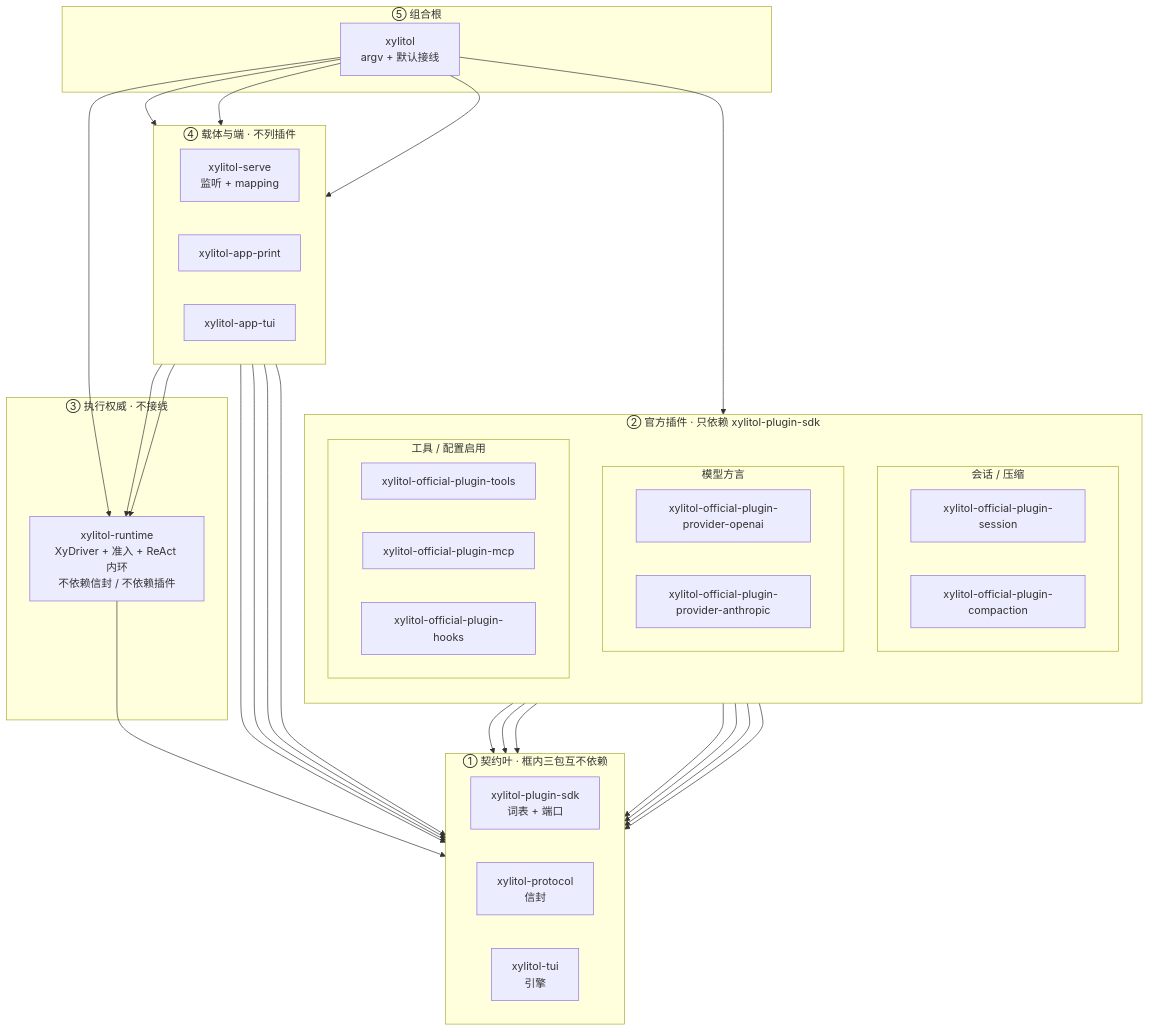
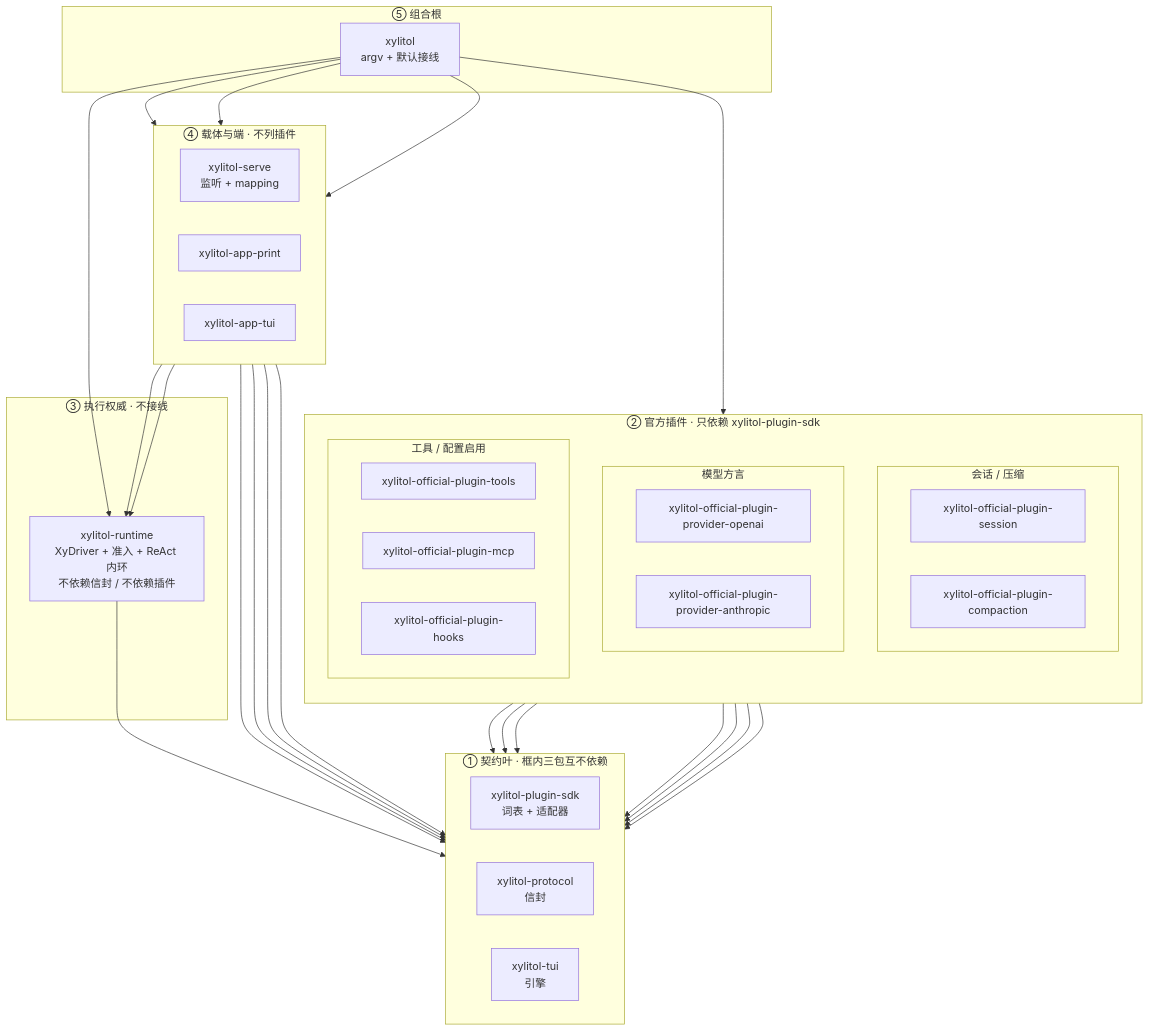
The diagram in _TODO.md (StrayDragon/xylitol), drawn with Mermaid before and after one commit. The commit also changed other lines of this file and 13 other files, not shown here.

````diff
--- a/_TODO.md
+++ b/_TODO.md
@@ -206,67 +206,67 @@
 ```mermaid
 flowchart TB
   subgraph contracts["① 契约叶 · 框内三包互不依赖"]
     direction LR
-    xylitol_plugin_sdk["xylitol-plugin-sdk<br/>词表 + 端口"]
+    xylitol_plugin_sdk["xylitol-plugin-sdk<br/>词表 + 适配器"]
     xylitol_protocol["xylitol-protocol<br/>信封"]
     xylitol_tui["xylitol-tui<br/>引擎"]
   end
 
   subgraph plugins["② 官方插件 · 只依赖 xylitol-plugin-sdk"]
     direction TB
     subgraph plugins_loop["会话 / 压缩"]
       direction LR
       xylitol_official_plugin_session["xylitol-official-plugin-session"]
       xylitol_official_plugin_compaction["xylitol-official-plugin-compaction"]
     end
     subgraph plugins_model["模型方言"]
       direction LR
       xylitol_official_plugin_provider_openai["xylitol-official-plugin-provider-openai"]
       xylitol_official_plugin_provider_anthropic["xylitol-official-plugin-provider-anthropic"]
     end
     subgraph plugins_ext["工具 / 配置启用"]
       direction LR
       xylitol_official_plugin_tools["xylitol-official-plugin-tools"]
       xylitol_official_plugin_mcp["xylitol-official-plugin-mcp"]
       xylitol_official_plugin_hooks["xylitol-official-plugin-hooks"]
     end
   end
 
   subgraph kernel["③ 执行权威 · 不接线"]
     xylitol_runtime["xylitol-runtime<br/>XyDriver + 准入 + ReAct 内环<br/>不依赖信封 / 不依赖插件"]
   end
 
   subgraph surfaces["④ 载体与端 · 不列插件"]
     direction LR
     xylitol_serve["xylitol-serve<br/>监听 + mapping"]
     xylitol_app_print["xylitol-app-print"]
     xylitol_app_tui["xylitol-app-tui"]
   end
 
   subgraph root["⑤ 组合根"]
     xylitol["xylitol<br/>argv + 默认接线"]
   end
 
   xylitol_official_plugin_session --> xylitol_plugin_sdk
   xylitol_official_plugin_compaction --> xylitol_plugin_sdk
   xylitol_official_plugin_provider_openai --> xylitol_plugin_sdk
   xylitol_official_plugin_provider_anthropic --> xylitol_plugin_sdk
   xylitol_official_plugin_tools --> xylitol_plugin_sdk
   xylitol_official_plugin_mcp --> xylitol_plugin_sdk
   xylitol_official_plugin_hooks --> xylitol_plugin_sdk
 
   xylitol_runtime --> xylitol_plugin_sdk
 
   xylitol_serve --> xylitol_runtime
   xylitol_serve --> xylitol_protocol
   xylitol_app_print --> xylitol_runtime
   xylitol_app_tui --> xylitol_protocol
   xylitol_app_tui --> xylitol_tui
   xylitol_app_tui --> xylitol_plugin_sdk
 
   xylitol --> plugins
   xylitol --> xylitol_runtime
   xylitol --> xylitol_serve
   xylitol --> xylitol_app_print
   xylitol --> xylitol_app_tui
 ```
````
